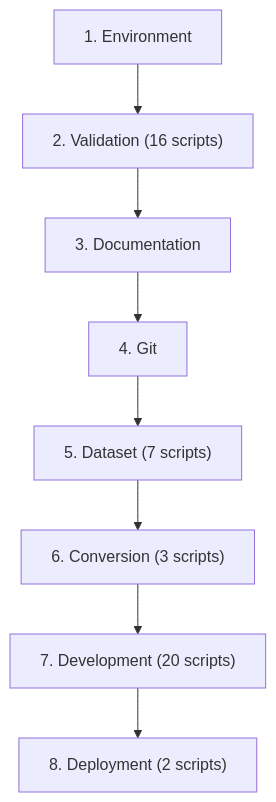
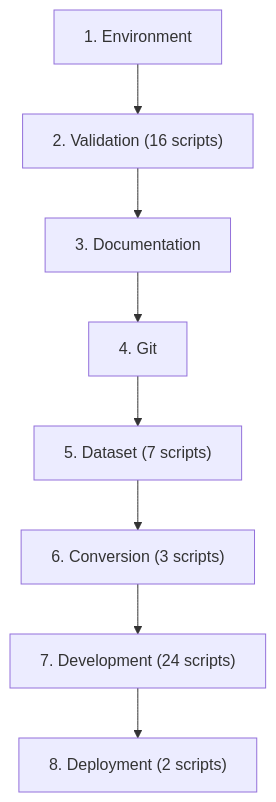
One commit to chanuka8/argus-gait-recognition changed the second of 3 diagrams in scripts/README.md. Above: the diagram before and after it, drawn with Mermaid. The commit also changed other lines of this file and 14 other files, not shown here.

````diff
--- a/scripts/README.md
+++ b/scripts/README.md
@@ -796,18 +831,18 @@
 ```mermaid
 flowchart TD
     step1["1. Environment"]
     step2["2. Validation (16 scripts)"]
     step1 --> step2
     step3["3. Documentation"]
     step2 --> step3
     step4["4. Git"]
     step3 --> step4
     step5["5. Dataset (7 scripts)"]
     step4 --> step5
     step6["6. Conversion (3 scripts)"]
     step5 --> step6
-    step7["7. Development (20 scripts)"]
+    step7["7. Development (24 scripts)"]
     step6 --> step7
     step8["8. Deployment (2 scripts)"]
     step7 --> step8
 ```
````
